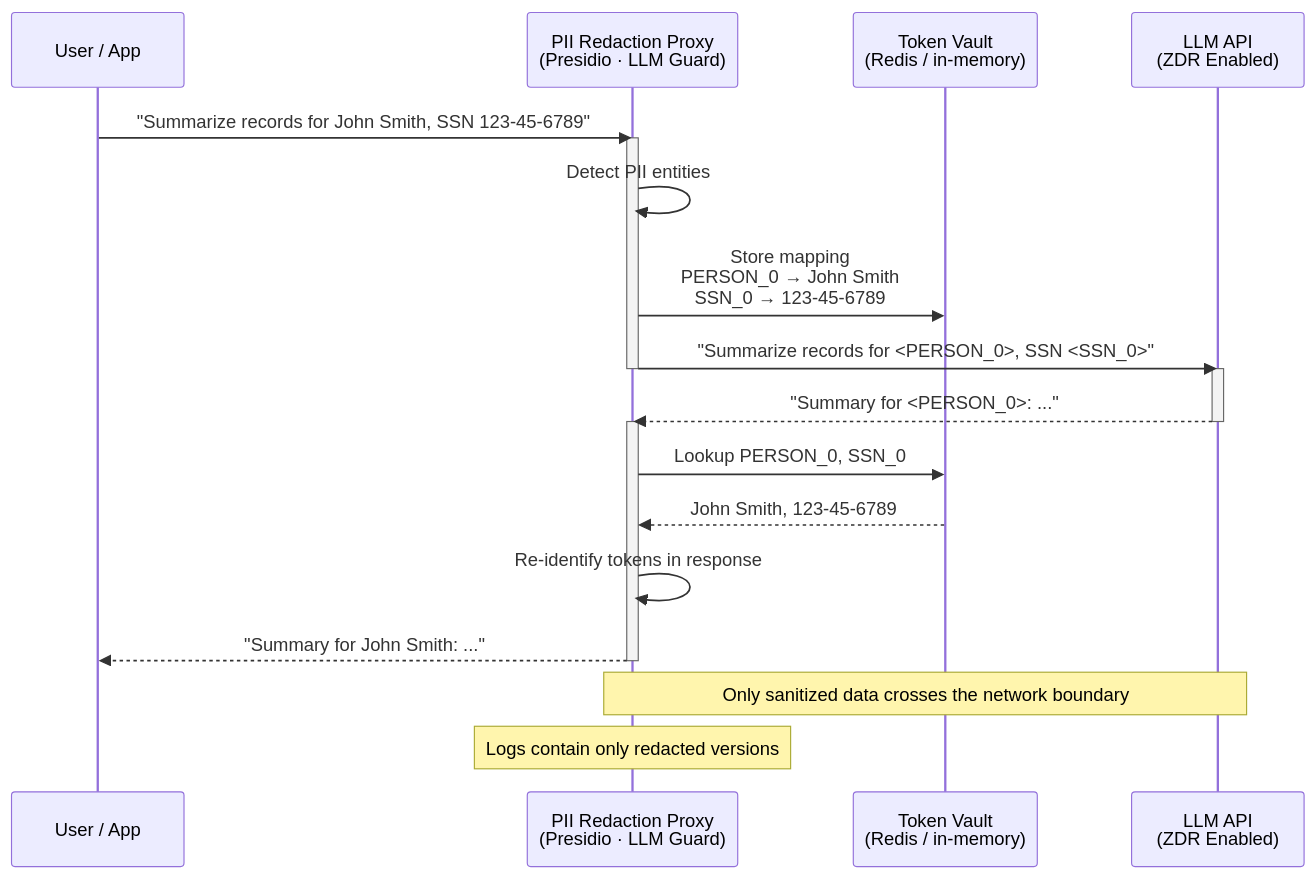
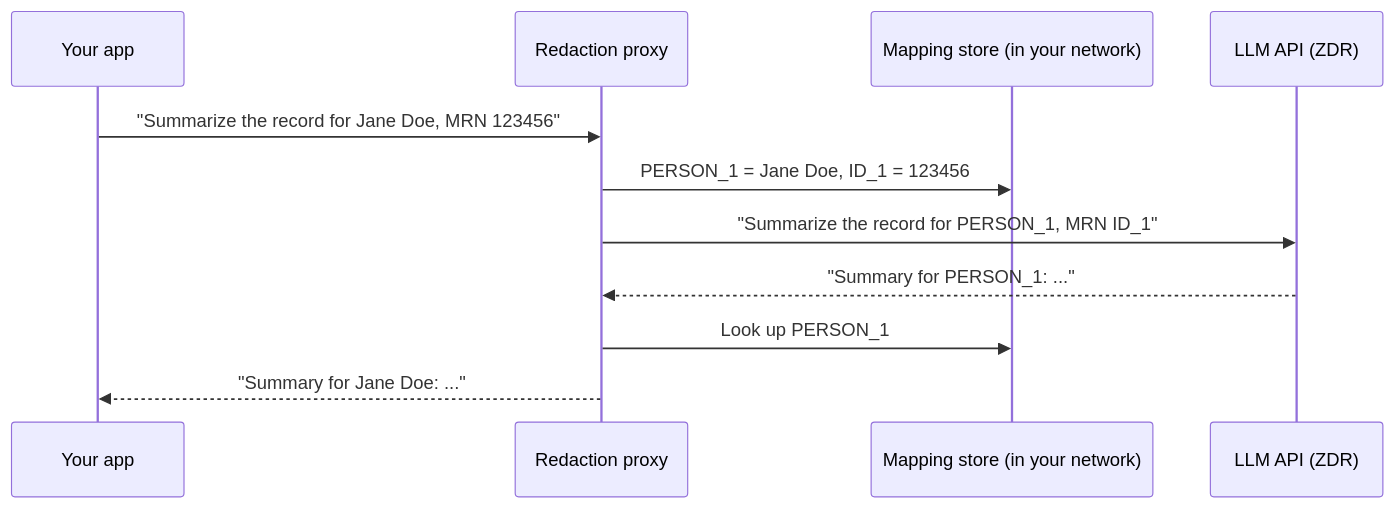
One commit to abubakarsiddik31/zdr changed the diagram in docs/beyond-zdr.md. Above: the diagram before and after it, drawn with Mermaid. The commit also changed other lines of this file and 23 other files, not shown here.

````diff
--- a/docs/beyond-zdr.md
+++ b/docs/beyond-zdr.md
@@ -23,29 +26,14 @@
 ```mermaid
 sequenceDiagram
-    participant User as User / App
-    participant Proxy as PII Redaction Proxy<br/>(Presidio · LLM Guard)
-    participant Vault as Token Vault<br/>(Redis / in-memory)
-    participant LLM as LLM API<br/>(ZDR Enabled)
+    participant App as Your app
+    participant Proxy as Redaction proxy
+    participant Vault as Mapping store (in your network)
+    participant LLM as LLM API (ZDR)
 
-    User->>Proxy: "Summarize records for John Smith, SSN 123-45-6789"
-
-    activate Proxy
-    Proxy->>Proxy: Detect PII entities
-    Proxy->>Vault: Store mapping<br/>PERSON_0 → John Smith<br/>SSN_0 → 123-45-6789
-    Proxy->>LLM: "Summarize records for <PERSON_0>, SSN <SSN_0>"
-    deactivate Proxy
-
-    activate LLM
-    LLM-->>Proxy: "Summary for <PERSON_0>: ..."
-    deactivate LLM
-
-    activate Proxy
-    Proxy->>Vault: Lookup PERSON_0, SSN_0
-    Vault-->>Proxy: John Smith, 123-45-6789
-    Proxy->>Proxy: Re-identify tokens in response
-    Proxy-->>User: "Summary for John Smith: ..."
-    deactivate Proxy
-
-    Note over Proxy,LLM: Only sanitized data crosses the network boundary
-    Note over Proxy: Logs contain only redacted versions
+    App->>Proxy: "Summarize the record for Jane Doe, MRN 123456"
+    Proxy->>Vault: PERSON_1 = Jane Doe, ID_1 = 123456
+    Proxy->>LLM: "Summarize the record for PERSON_1, MRN ID_1"
+    LLM-->>Proxy: "Summary for PERSON_1: ..."
+    Proxy->>Vault: Look up PERSON_1
+    Proxy-->>App: "Summary for Jane Doe: ..."
 ```
````
